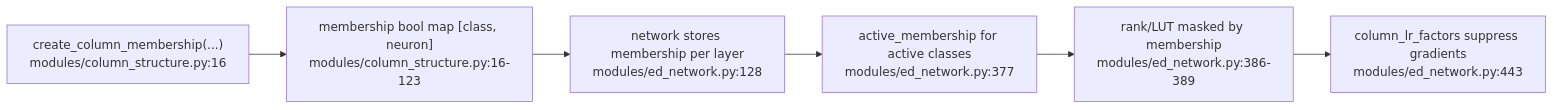
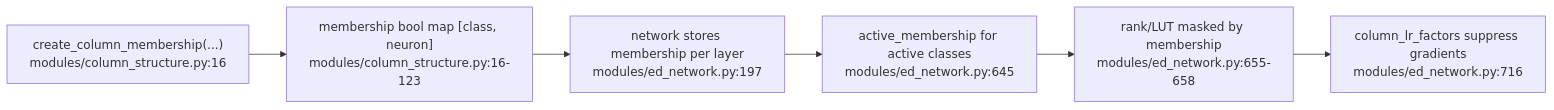
The fourth of 6 diagrams in docs/ja/ed_learning_mechanism_anchors.md (yoiwa0714/columnar_ed_ann), drawn with Mermaid before and after one commit. The commit also changed other lines of this file and 7 other files, not shown here.

````diff
--- a/docs/ja/ed_learning_mechanism_anchors.md
+++ b/docs/ja/ed_learning_mechanism_anchors.md
@@ -84,8 +82,8 @@
 ```mermaid
 flowchart LR
     A["create_column_membership(...)<br/>modules/column_structure.py:16"] --> B["membership bool map [class, neuron]<br/>modules/column_structure.py:16-123"]
-    B --> C["network stores membership per layer<br/>modules/ed_network.py:128"]
-    C --> D["active_membership for active classes<br/>modules/ed_network.py:377"]
-    D --> E["rank/LUT masked by membership<br/>modules/ed_network.py:386-389"]
-    E --> F["column_lr_factors suppress gradients<br/>modules/ed_network.py:443"]
+    B --> C["network stores membership per layer<br/>modules/ed_network.py:197"]
+    C --> D["active_membership for active classes<br/>modules/ed_network.py:645"]
+    D --> E["rank/LUT masked by membership<br/>modules/ed_network.py:655-658"]
+    E --> F["column_lr_factors suppress gradients<br/>modules/ed_network.py:716"]
 ```
````
